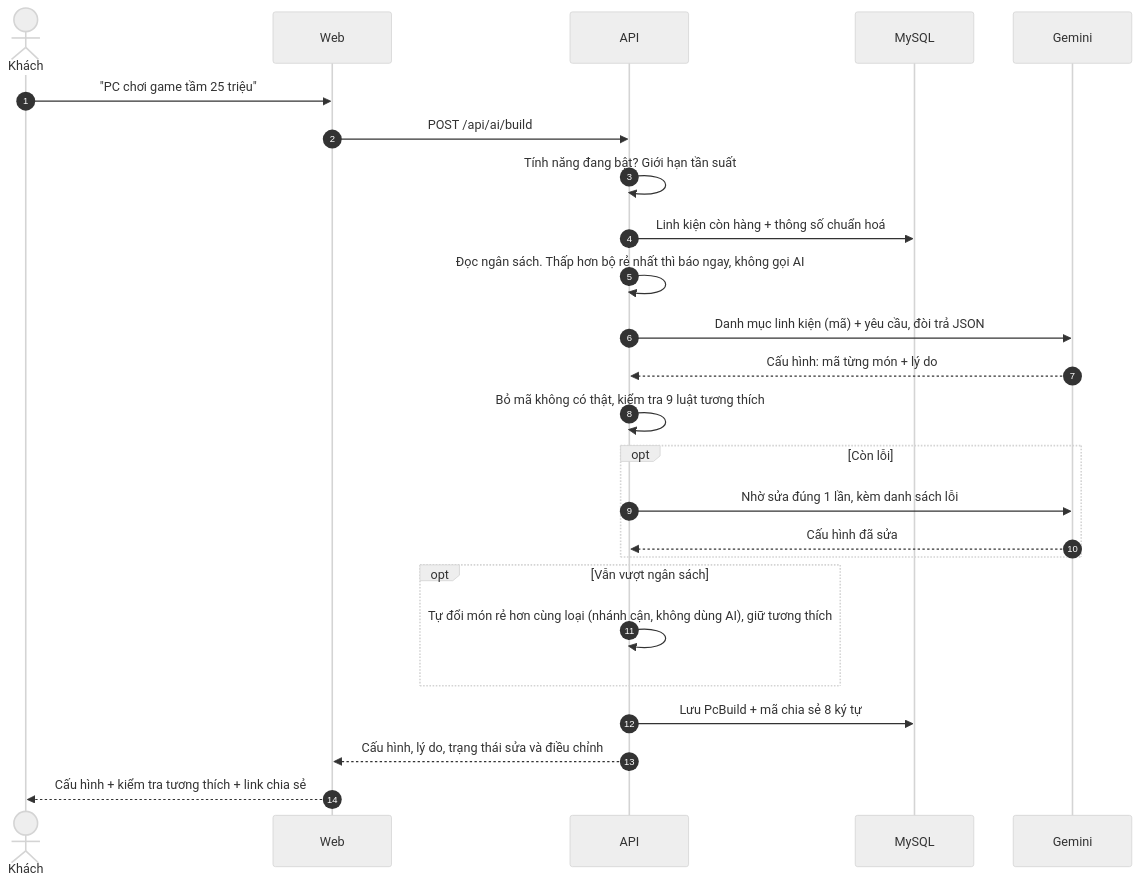
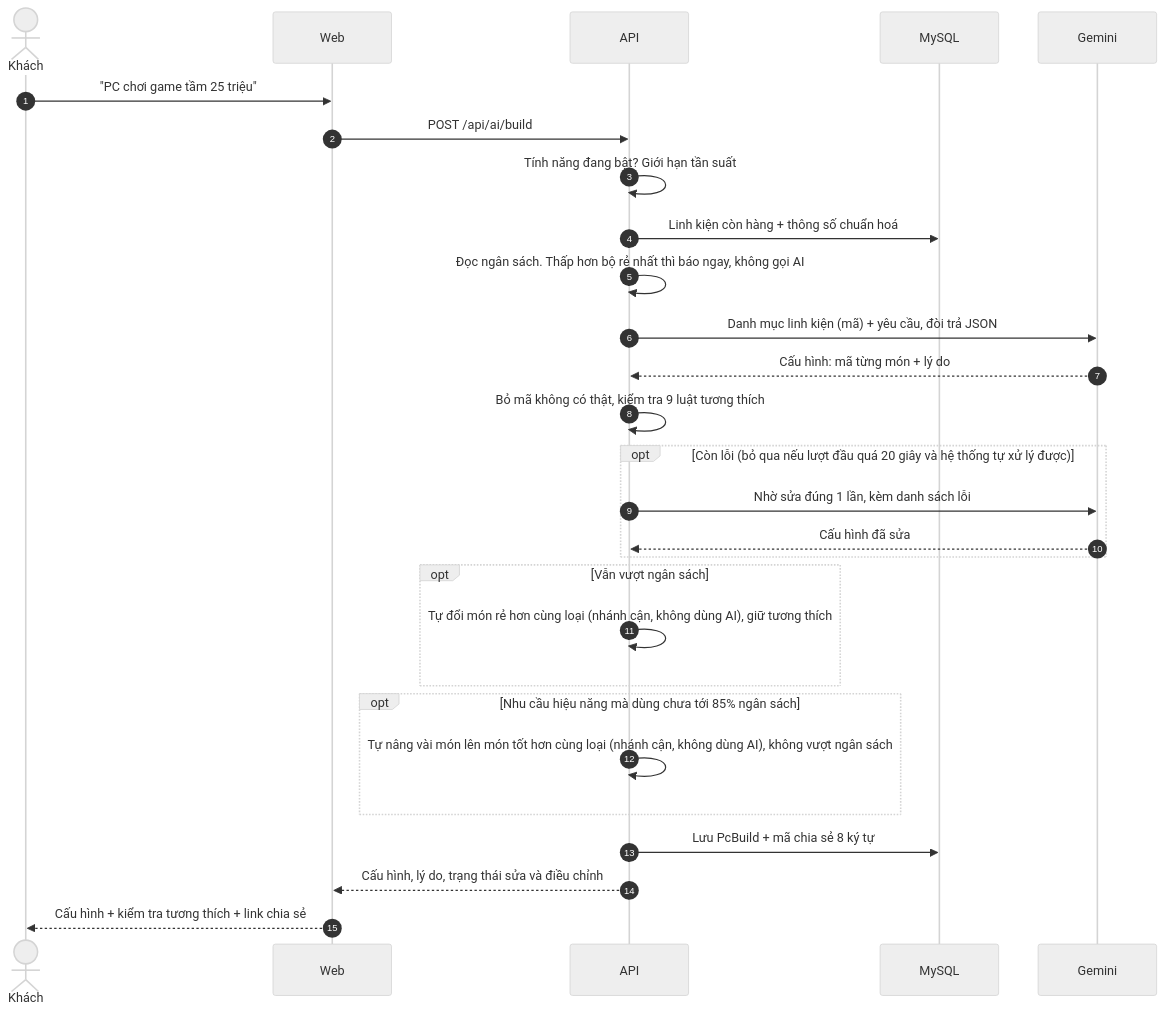
One commit to khanhdat1/Do_An changed the diagram in docs/bao-ve/so-do/tuan-tu-ai-cau-hinh.mmd. Above: the diagram before and after it, drawn with Mermaid (neutral theme). The commit also changed 16 other files, not shown here.

```diff
--- a/docs/bao-ve/so-do/tuan-tu-ai-cau-hinh.mmd
+++ b/docs/bao-ve/so-do/tuan-tu-ai-cau-hinh.mmd
@@ -1,25 +1,28 @@
 sequenceDiagram
   autonumber
   actor KH as Khách
   participant W as Web
   participant A as API
   participant DB as MySQL
   participant G as Gemini
   KH->>W: "PC chơi game tầm 25 triệu"
   W->>A: POST /api/ai/build
   A->>A: Tính năng đang bật? Giới hạn tần suất
   A->>DB: Linh kiện còn hàng + thông số chuẩn hoá
   A->>A: Đọc ngân sách. Thấp hơn bộ rẻ nhất thì báo ngay, không gọi AI
   A->>G: Danh mục linh kiện (mã) + yêu cầu, đòi trả JSON
   G-->>A: Cấu hình: mã từng món + lý do
   A->>A: Bỏ mã không có thật, kiểm tra 9 luật tương thích
-  opt Còn lỗi
+  opt Còn lỗi (bỏ qua nếu lượt đầu quá 20 giây và hệ thống tự xử lý được)
     A->>G: Nhờ sửa đúng 1 lần, kèm danh sách lỗi
     G-->>A: Cấu hình đã sửa
   end
   opt Vẫn vượt ngân sách
     A->>A: Tự đổi món rẻ hơn cùng loại (nhánh cận, không dùng AI), giữ tương thích
   end
+  opt Nhu cầu hiệu năng mà dùng chưa tới 85% ngân sách
+    A->>A: Tự nâng vài món lên món tốt hơn cùng loại (nhánh cận, không dùng AI), không vượt ngân sách
+  end
   A->>DB: Lưu PcBuild + mã chia sẻ 8 ký tự
   A-->>W: Cấu hình, lý do, trạng thái sửa và điều chỉnh
   W-->>KH: Cấu hình + kiểm tra tương thích + link chia sẻ
```
